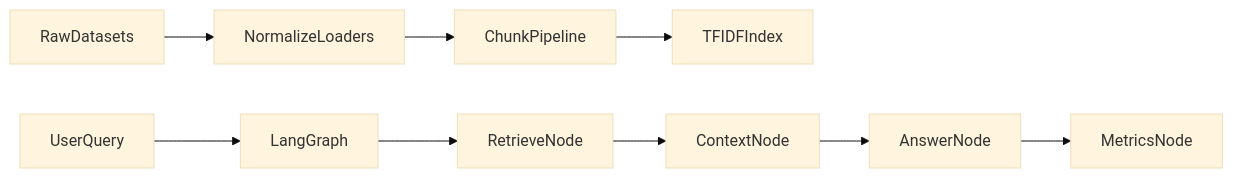
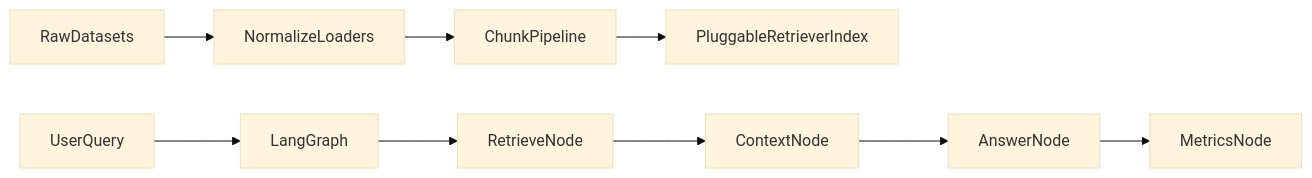
Before and after one commit to Lazy-Buggy/learning-to-retrieve: the diagram in README.md, drawn with Mermaid (base theme). The commit also changed other lines of this file and 5 other files, not shown here.

First line of the commit message:
Implement pluggable retriever architecture and enhance README

````diff
--- a/README.md
+++ b/README.md
@@ -19,12 +19,12 @@
 ```mermaid
 flowchart LR
     rawData[RawDatasets] --> normalize[NormalizeLoaders]
     normalize --> chunk[ChunkPipeline]
-    chunk --> index[TFIDFIndex]
+    chunk --> index[PluggableRetrieverIndex]
 
     userQuery[UserQuery] --> ragGraph[LangGraph]
     ragGraph --> retrieve[RetrieveNode]
     retrieve --> assemble[ContextNode]
     assemble --> generate[AnswerNode]
     generate --> score[MetricsNode]
 ```
````
